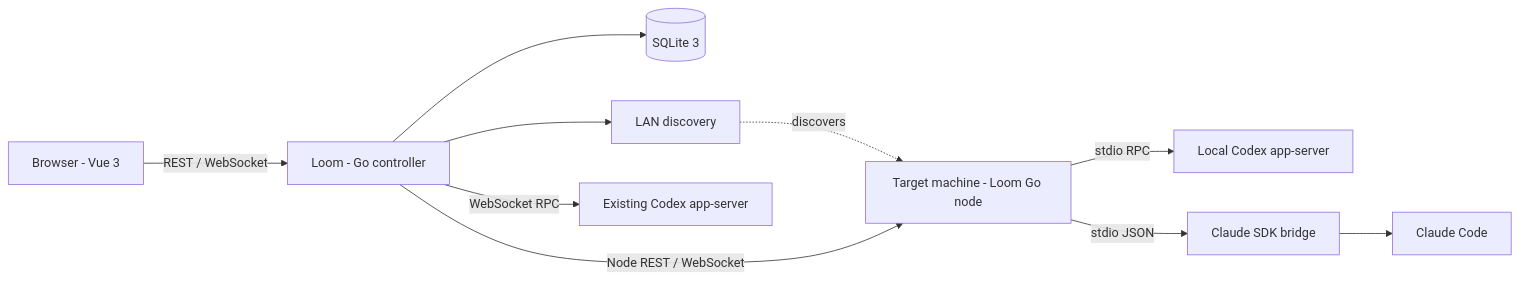
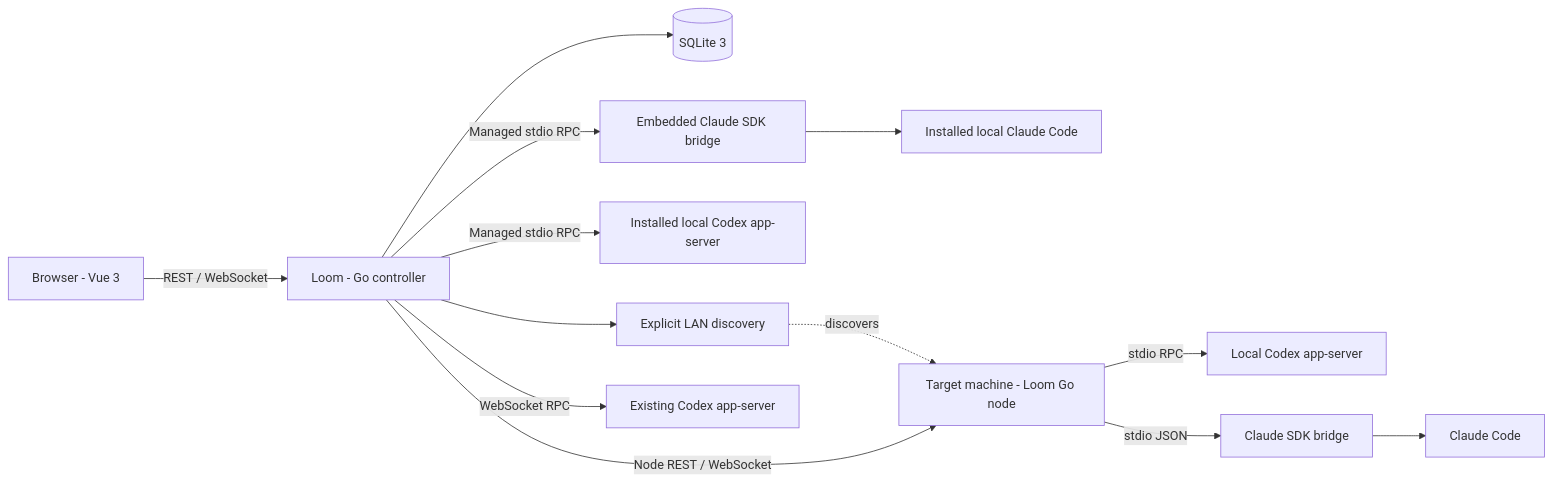
One commit to liyiligang/loom changed the first of 3 diagrams in DESIGN.md. Above: the diagram before and after it, drawn with Mermaid. The commit also changed other lines of this file and 186 other files, not shown here.

````diff
--- a/DESIGN.md
+++ b/DESIGN.md
@@ -78,12 +78,15 @@
 ```mermaid
 flowchart LR
     Browser[Browser - Vue 3] -->|REST / WebSocket| Controller[Loom - Go controller]
     Controller --> DB[(SQLite 3)]
-    Controller --> Discovery[LAN discovery]
+    Controller --> Discovery[Explicit LAN discovery]
+    Controller -->|Managed stdio RPC| LocalCodex[Installed local Codex app-server]
+    Controller -->|Managed stdio RPC| LocalBridge[Embedded Claude SDK bridge]
+    LocalBridge --> LocalClaude[Installed local Claude Code]
     Discovery -. discovers .-> Node[Target machine - Loom Go node]
     Controller -->|WebSocket RPC| Native[Existing Codex app-server]
     Controller -->|Node REST / WebSocket| Node
     Node -->|stdio RPC| Codex[Local Codex app-server]
     Node -->|stdio JSON| Bridge[Claude SDK bridge]
     Bridge --> Claude[Claude Code]
 ```
````
